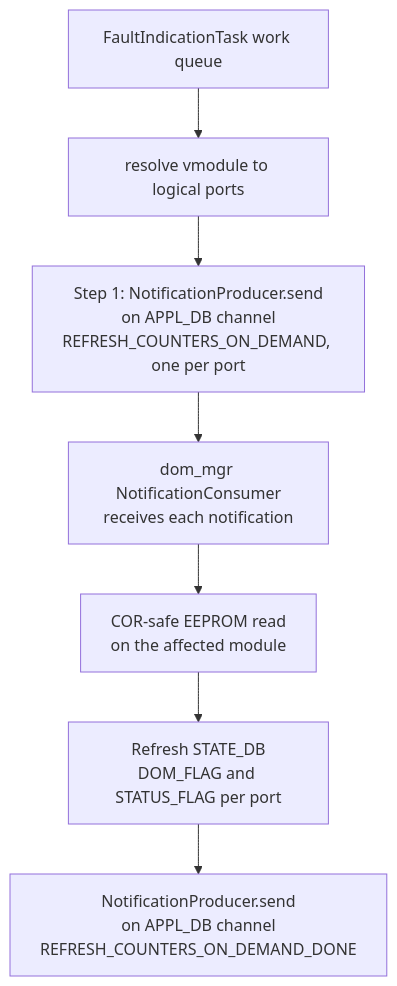
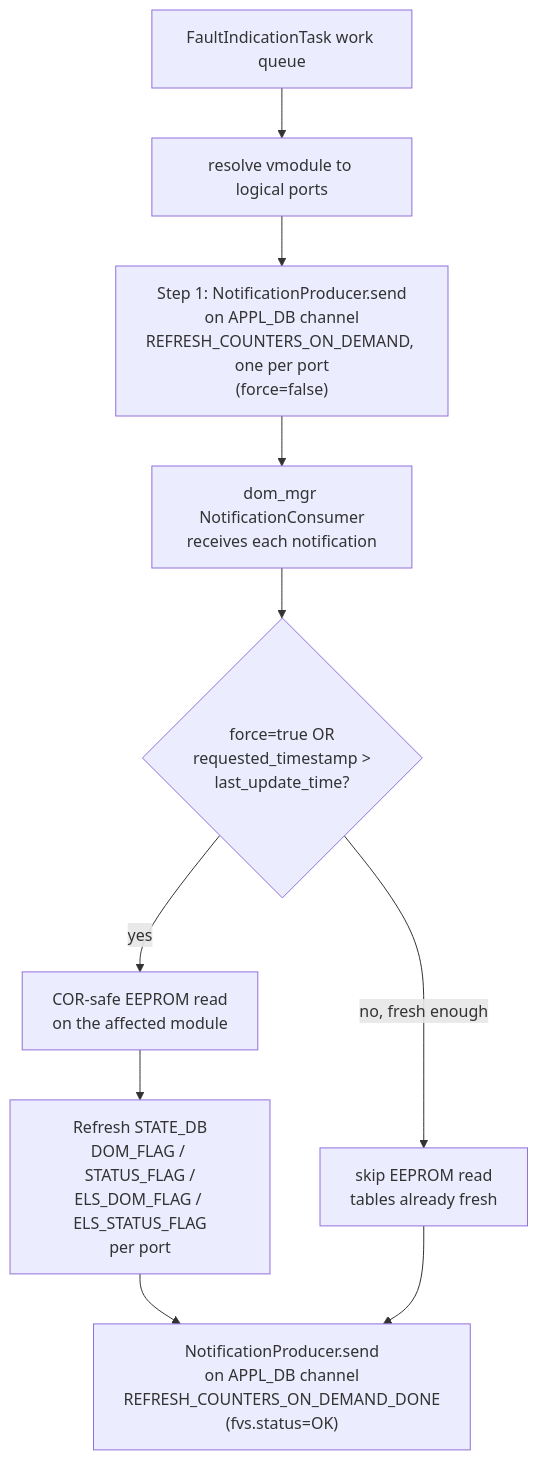
The second of 4 diagrams in doc/cpo-mellanox/cpo_fault_indication.md (noaOrMlnx/SONiC), drawn with Mermaid before and after one commit. The commit also changed other lines of this file, not shown here.

Commit message:
Align design to dom_mgr changes

````diff
--- a/doc/cpo-mellanox/cpo_fault_indication.md
+++ b/doc/cpo-mellanox/cpo_fault_indication.md
@@ -125,10 +126,13 @@
 ```mermaid
 flowchart TD
   q["FaultIndicationTask work queue"]
   q --> resolve["resolve vmodule to logical ports"]
-  resolve --> req["Step 1: NotificationProducer.send<br/>on APPL_DB channel<br/>REFRESH_COUNTERS_ON_DEMAND, one per port"]
+  resolve --> req["Step 1: NotificationProducer.send<br/>on APPL_DB channel<br/>REFRESH_COUNTERS_ON_DEMAND, one per port<br/>(force=false)"]
   req --> sub["dom_mgr NotificationConsumer<br/>receives each notification"]
-  sub --> read["COR-safe EEPROM read<br/>on the affected module"]
-  read --> refresh["Refresh STATE_DB<br/>DOM_FLAG and STATUS_FLAG per port"]
-  refresh --> done["NotificationProducer.send<br/>on APPL_DB channel<br/>REFRESH_COUNTERS_ON_DEMAND_DONE"]
+  sub --> check{"force=true OR<br/>requested_timestamp &gt;<br/>last_update_time?"}
+  check -->|no, fresh enough| skip["skip EEPROM read<br/>tables already fresh"]
+  check -->|yes| read["COR-safe EEPROM read<br/>on the affected module"]
+  read --> refresh["Refresh STATE_DB<br/>DOM_FLAG / STATUS_FLAG /<br/>ELS_DOM_FLAG / ELS_STATUS_FLAG<br/>per port"]
+  refresh --> done["NotificationProducer.send<br/>on APPL_DB channel<br/>REFRESH_COUNTERS_ON_DEMAND_DONE<br/>(fvs.status=OK)"]
+  skip --> done
 ```
````
